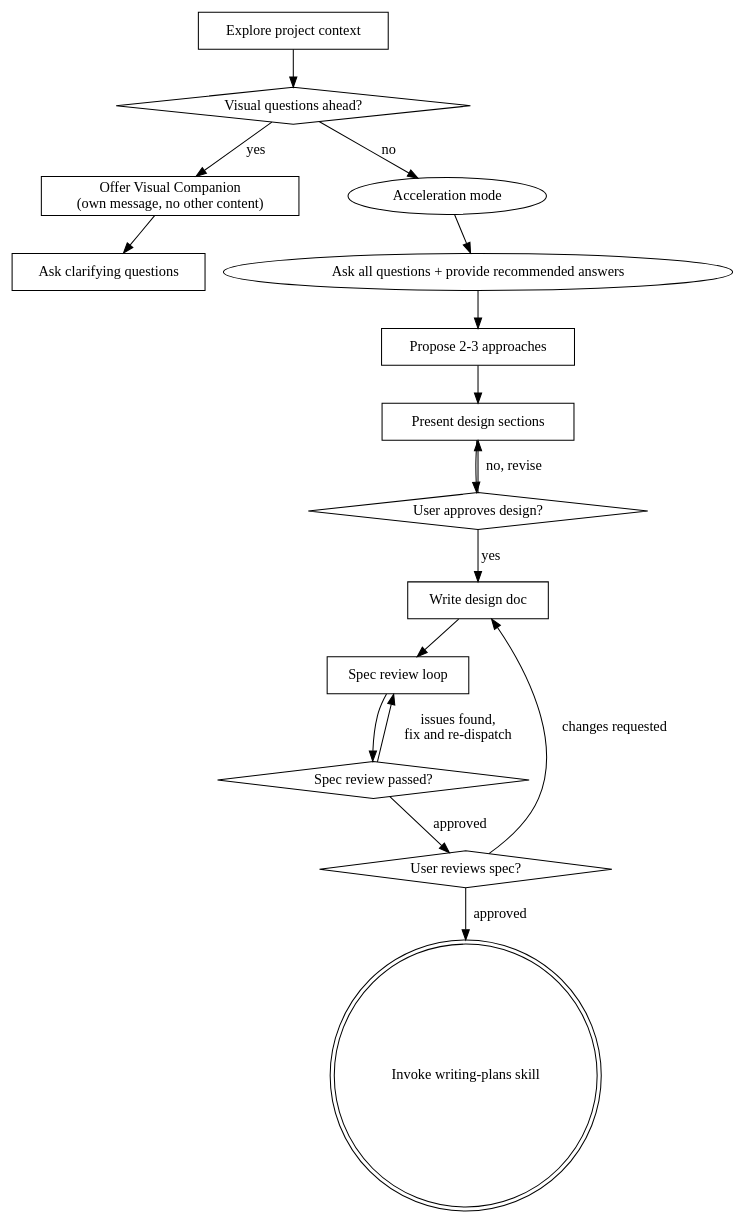
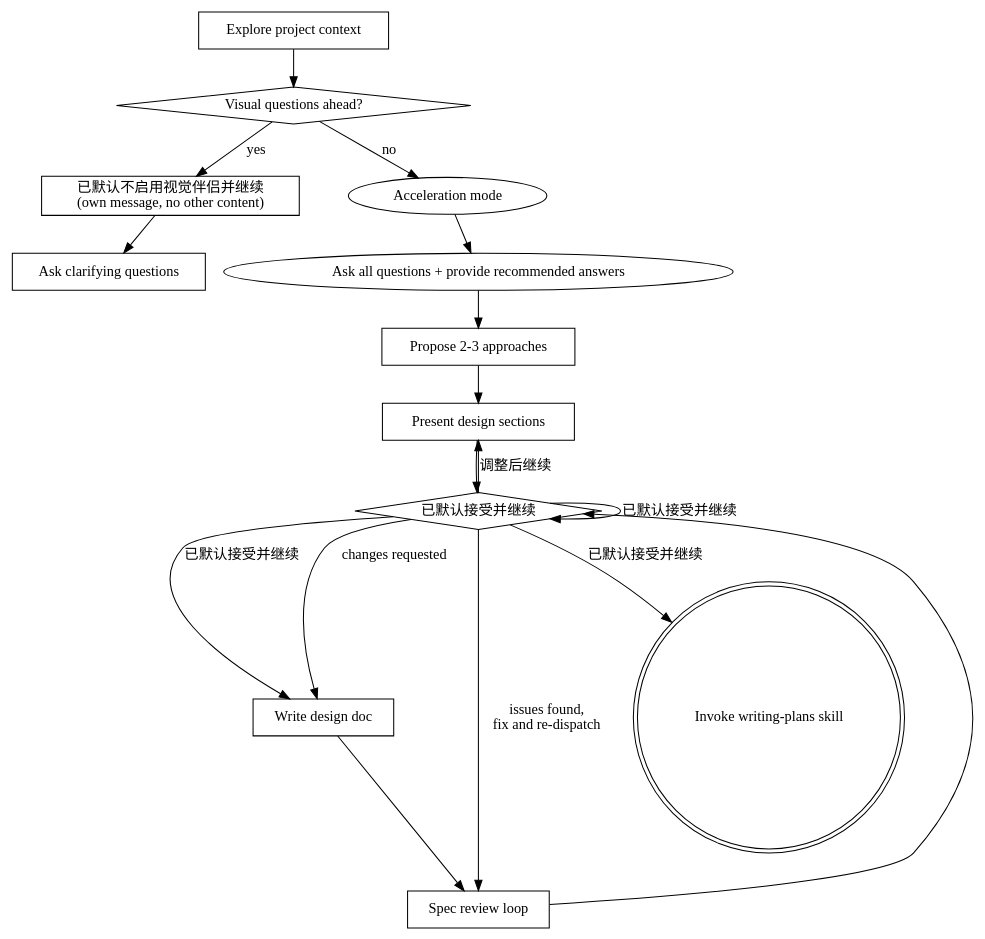
The diagram in skills/brainstorming/SKILL.md (ShakaRover/superpowers), drawn with Graphviz before and after one commit. The commit also changed other lines of this file and 1 other file, not shown here.

Commit message:
Update automation plan and brainstorming skill

````diff
--- a/skills/brainstorming/SKILL.md
+++ b/skills/brainstorming/SKILL.md
@@ -48,33 +48,33 @@
 ```dot
 digraph brainstorming {
     "Explore project context" [shape=box];
     "Visual questions ahead?" [shape=diamond];
-    "Offer Visual Companion\n(own message, no other content)" [shape=box];
+    "已默认不启用视觉伴侣并继续\n(own message, no other content)" [shape=box];
     "Ask clarifying questions" [shape=box];
     "Propose 2-3 approaches" [shape=box];
     "Present design sections" [shape=box];
-    "User approves design?" [shape=diamond];
+    "已默认接受并继续" [shape=diamond];
     "Write design doc" [shape=box];
     "Spec review loop" [shape=box];
-    "Spec review passed?" [shape=diamond];
-    "User reviews spec?" [shape=diamond];
+    "已默认接受并继续" [shape=diamond];
+    "已默认接受并继续" [shape=diamond];
     "Invoke writing-plans skill" [shape=doublecircle];
 
     "Explore project context" -> "Visual questions ahead?";
-    "Visual questions ahead?" -> "Offer Visual Companion\n(own message, no other content)" [label="yes"];
+    "Visual questions ahead?" -> "已默认不启用视觉伴侣并继续\n(own message, no other content)" [label="yes"];
     "Visual questions ahead?" -> "Acceleration mode" [label="no"];
-    "Offer Visual Companion\n(own message, no other content)" -> "Ask clarifying questions";
+    "已默认不启用视觉伴侣并继续\n(own message, no other content)" -> "Ask clarifying questions";
     "Acceleration mode" -> "Ask all questions + provide recommended answers";
     "Ask all questions + provide recommended answers" -> "Propose 2-3 approaches";
     "Propose 2-3 approaches" -> "Present design sections";
-    "Present design sections" -> "User approves design?";
-    "User approves design?" -> "Present design sections" [label="no, revise"];
-    "User approves design?" -> "Write design doc" [label="yes"];
+    "Present design sections" -> "已默认接受并继续";
+    "已默认接受并继续" -> "Present design sections" [label="调整后继续"];
+    "已默认接受并继续" -> "Write design doc" [label="已默认接受并继续"];
     "Write design doc" -> "Spec review loop";
-    "Spec review loop" -> "Spec review passed?";
-    "Spec review passed?" -> "Spec review loop" [label="issues found,\nfix and re-dispatch"];
-    "Spec review passed?" -> "User reviews spec?" [label="approved"];
-    "User reviews spec?" -> "Write design doc" [label="changes requested"];
-    "User reviews spec?" -> "Invoke writing-plans skill" [label="approved"];
+    "Spec review loop" -> "已默认接受并继续";
+    "已默认接受并继续" -> "Spec review loop" [label="issues found,\nfix and re-dispatch"];
+    "已默认接受并继续" -> "已默认接受并继续" [label="已默认接受并继续"];
+    "已默认接受并继续" -> "Write design doc" [label="changes requested"];
+    "已默认接受并继续" -> "Invoke writing-plans skill" [label="已默认接受并继续"];
 }
 ```
````
